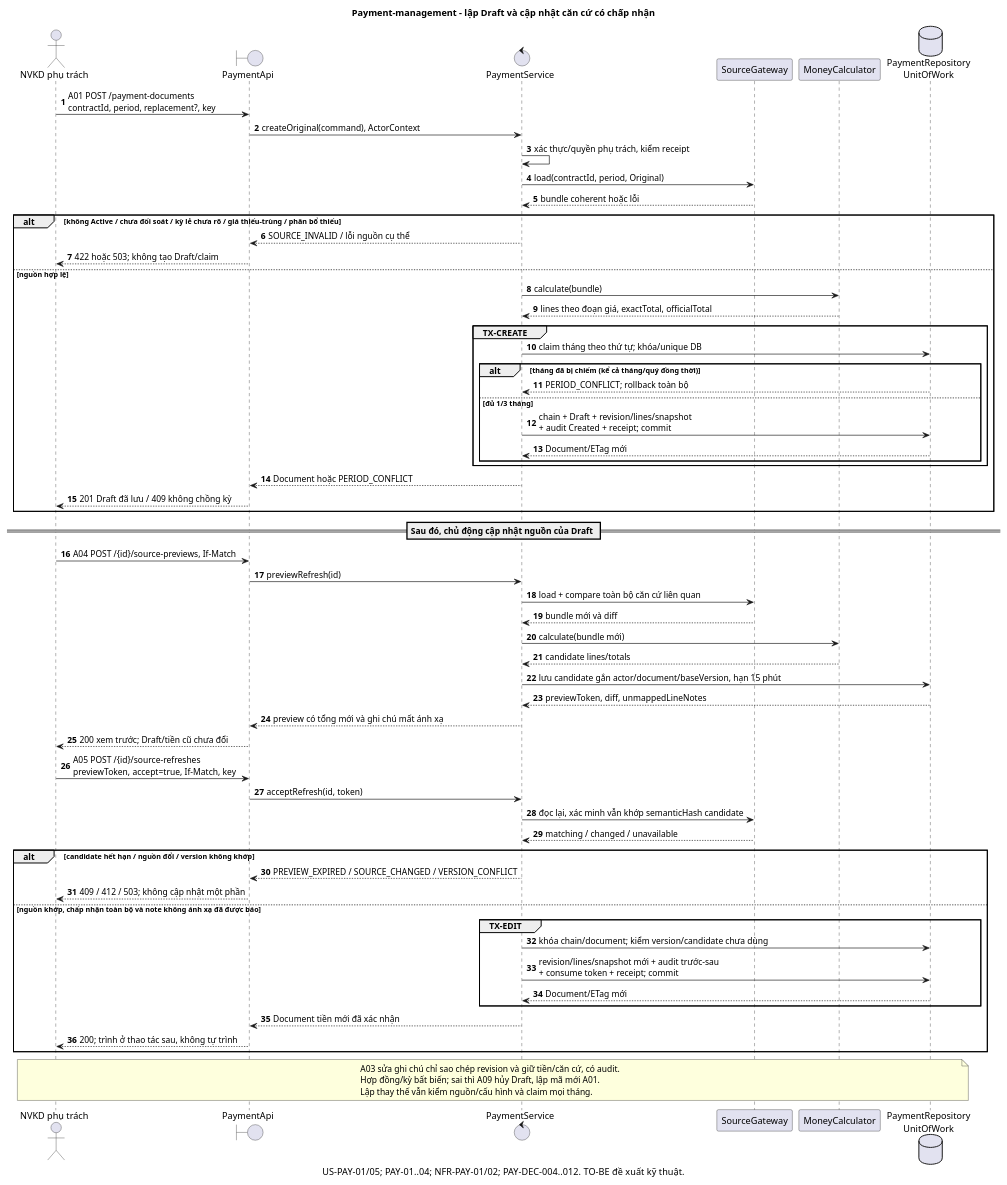
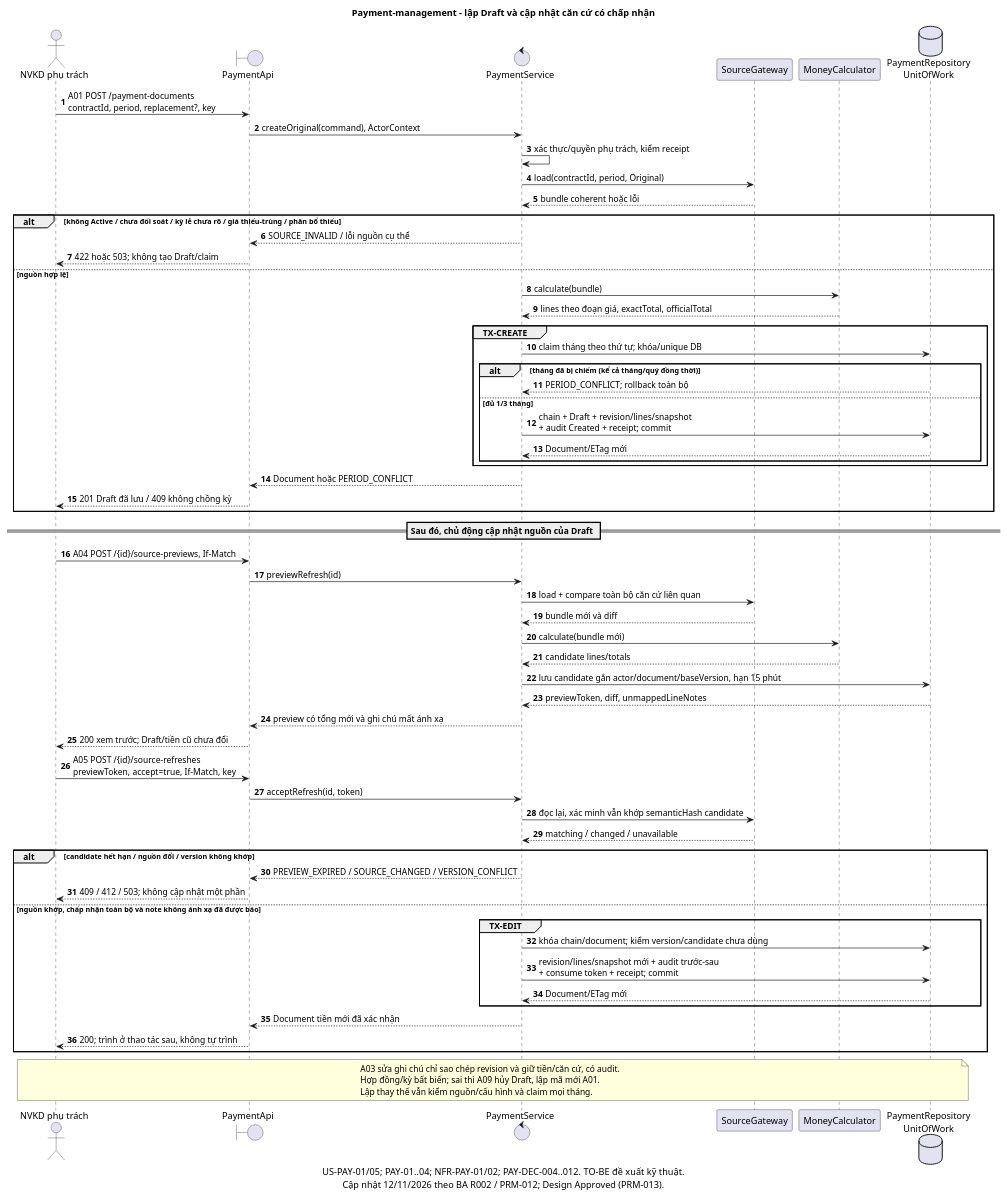
Before and after one commit to NotTodaySirr/module_thanh_toan: the diagram in docs/design/payment-management/diagrams/sequence-create.puml, drawn with PlantUML. The commit also changed 22 other files, not shown here.

Commit message:
docs(payment-management): cập nhật thiết kế theo phân tích sau R002

```diff
--- a/docs/design/payment-management/diagrams/sequence-create.puml
+++ b/docs/design/payment-management/diagrams/sequence-create.puml
@@ -1,69 +1,69 @@
 @startuml
 title Payment-management - lập Draft và cập nhật căn cứ có chấp nhận
-caption US-PAY-01/05; PAY-01..04; NFR-PAY-01/02; PAY-DEC-004..012. TO-BE đề xuất kỹ thuật.
+caption US-PAY-01/05; PAY-01..04; NFR-PAY-01/02; PAY-DEC-004..012. TO-BE đề xuất kỹ thuật.\nCập nhật 12/11/2026 theo BA R002 / PRM-012; Design Approved (PRM-013).
 skinparam defaultFontName Arial
 autonumber
 actor "NVKD phụ trách" as User
 boundary PaymentApi as Api
 control PaymentService as Service
 participant SourceGateway as Source
 participant MoneyCalculator as Calc
 database "PaymentRepository\nUnitOfWork" as Repo
 
 User -> Api : A01 POST /payment-documents\ncontractId, period, replacement?, key
 Api -> Service : createOriginal(command), ActorContext
 Service -> Service : xác thực/quyền phụ trách, kiểm receipt
 Service -> Source : load(contractId, period, Original)
 Source --> Service : bundle coherent hoặc lỗi
 alt không Active / chưa đối soát / kỳ lẻ chưa rõ / giá thiếu-trùng / phân bổ thiếu
   Service --> Api : SOURCE_INVALID / lỗi nguồn cụ thể
   Api --> User : 422 hoặc 503; không tạo Draft/claim
 else nguồn hợp lệ
   Service -> Calc : calculate(bundle)
   Calc --> Service : lines theo đoạn giá, exactTotal, officialTotal
   group TX-CREATE
     Service -> Repo : claim tháng theo thứ tự; khóa/unique DB
     alt tháng đã bị chiếm (kể cả tháng/quý đồng thời)
       Repo --> Service : PERIOD_CONFLICT; rollback toàn bộ
     else đủ 1/3 tháng
       Service -> Repo : chain + Draft + revision/lines/snapshot\n+ audit Created + receipt; commit
       Repo --> Service : Document/ETag mới
     end
   end
   Service --> Api : Document hoặc PERIOD_CONFLICT
   Api --> User : 201 Draft đã lưu / 409 không chồng kỳ
 end
 
 == Sau đó, chủ động cập nhật nguồn của Draft ==
 User -> Api : A04 POST /{id}/source-previews, If-Match
 Api -> Service : previewRefresh(id)
 Service -> Source : load + compare toàn bộ căn cứ liên quan
 Source --> Service : bundle mới và diff
 Service -> Calc : calculate(bundle mới)
 Calc --> Service : candidate lines/totals
 Service -> Repo : lưu candidate gắn actor/document/baseVersion, hạn 15 phút
 Repo --> Service : previewToken, diff, unmappedLineNotes
 Service --> Api : preview có tổng mới và ghi chú mất ánh xạ
 Api --> User : 200 xem trước; Draft/tiền cũ chưa đổi
 User -> Api : A05 POST /{id}/source-refreshes\npreviewToken, accept=true, If-Match, key
 Api -> Service : acceptRefresh(id, token)
 Service -> Source : đọc lại, xác minh vẫn khớp semanticHash candidate
 Source --> Service : matching / changed / unavailable
 alt candidate hết hạn / nguồn đổi / version không khớp
   Service --> Api : PREVIEW_EXPIRED / SOURCE_CHANGED / VERSION_CONFLICT
   Api --> User : 409 / 412 / 503; không cập nhật một phần
 else nguồn khớp, chấp nhận toàn bộ và note không ánh xạ đã được báo
   group TX-EDIT
     Service -> Repo : khóa chain/document; kiểm version/candidate chưa dùng
     Service -> Repo : revision/lines/snapshot mới + audit trước-sau\n+ consume token + receipt; commit
     Repo --> Service : Document/ETag mới
   end
   Service --> Api : Document tiền mới đã xác nhận
   Api --> User : 200; trình ở thao tác sau, không tự trình
 end
 note over User,Repo
   A03 sửa ghi chú chỉ sao chép revision và giữ tiền/căn cứ, có audit.
   Hợp đồng/kỳ bất biến; sai thì A09 hủy Draft, lập mã mới A01.
   Lập thay thế vẫn kiểm nguồn/cấu hình và claim mọi tháng.
 end note
 @enduml
```
